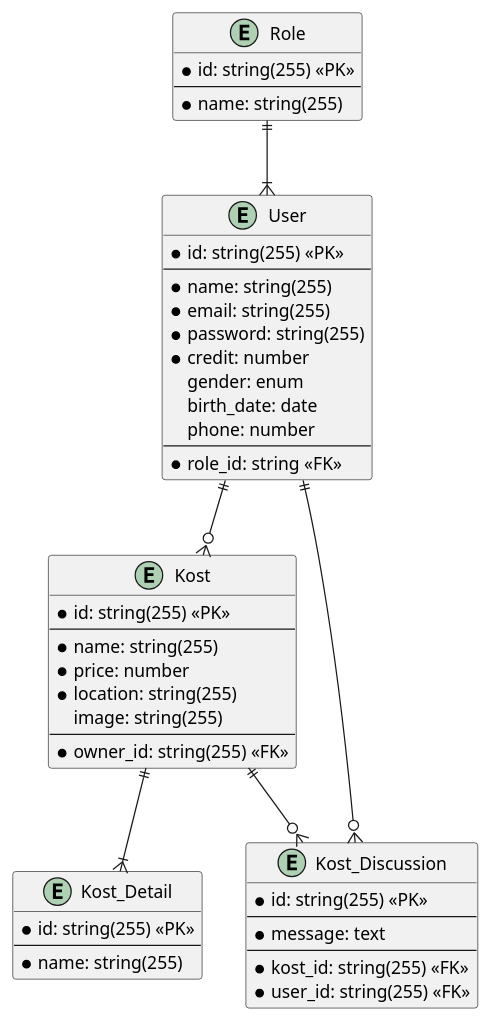
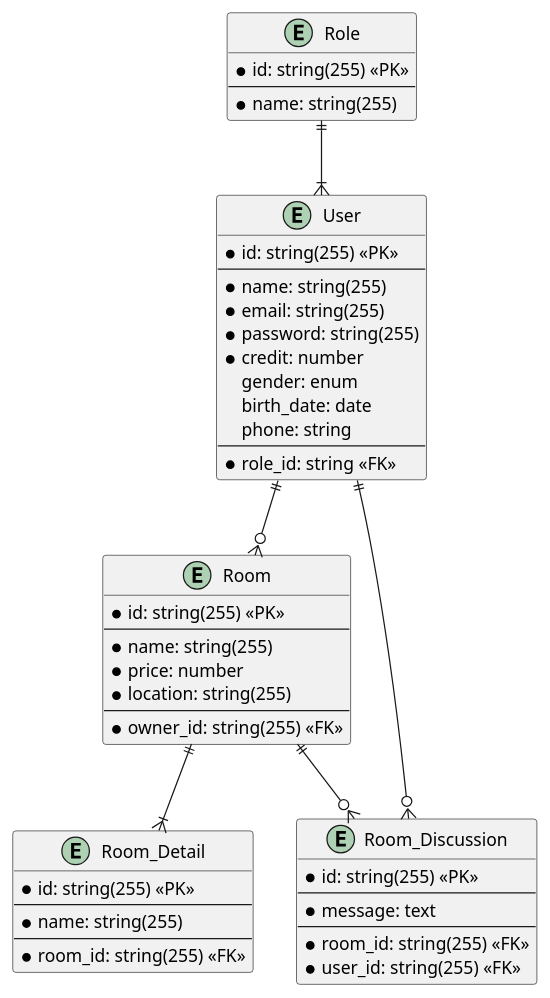
Before and after one commit to OxiCuza/laravel-test: the diagram in documentation/design-databse.puml, drawn with PlantUML. The commit also changed 3 other files, not shown here.

```diff
--- a/documentation/design-databse.puml
+++ b/documentation/design-databse.puml
@@ -1,55 +1,56 @@
 @startuml
 
 entity Role {
     * id: string(255) <<PK>>
     ---
     * name: string(255)
 }
 
 entity User {
     * id: string(255) <<PK>>
     ---
     * name: string(255)
     * email: string(255)
     * password: string(255)
     * credit: number
     gender: enum
     birth_date: date
-    phone: number
+    phone: string
     ---
     * role_id: string <<FK>>
 }
 
-entity Kost {
+entity Room {
     * id: string(255) <<PK>>
     ---
     * name: string(255)
     * price: number
     * location: string(255)
-    image: string(255)
     ---
     * owner_id: string(255) <<FK>>
 }
 
-entity Kost_Detail {
+entity Room_Detail {
     * id: string(255) <<PK>>
     ---
     * name: string(255)
+    ---
+    * room_id: string(255) <<FK>>
 }
 
-entity Kost_Discussion {
+entity Room_Discussion {
     * id: string(255) <<PK>>
     ---
     * message: text
     ---
-    * kost_id: string(255) <<FK>>
+    * room_id: string(255) <<FK>>
     * user_id: string(255) <<FK>>
 }
 
 Role ||--|{ User
-User ||--o{ Kost
-Kost ||--|{ Kost_Detail
-Kost ||--o{ Kost_Discussion
-User ||--o{ Kost_Discussion
+User ||--o{ Room
+Room ||--|{ Room_Detail
+Room ||--o{ Room_Discussion
+User ||--o{ Room_Discussion
 
 @enduml
```
